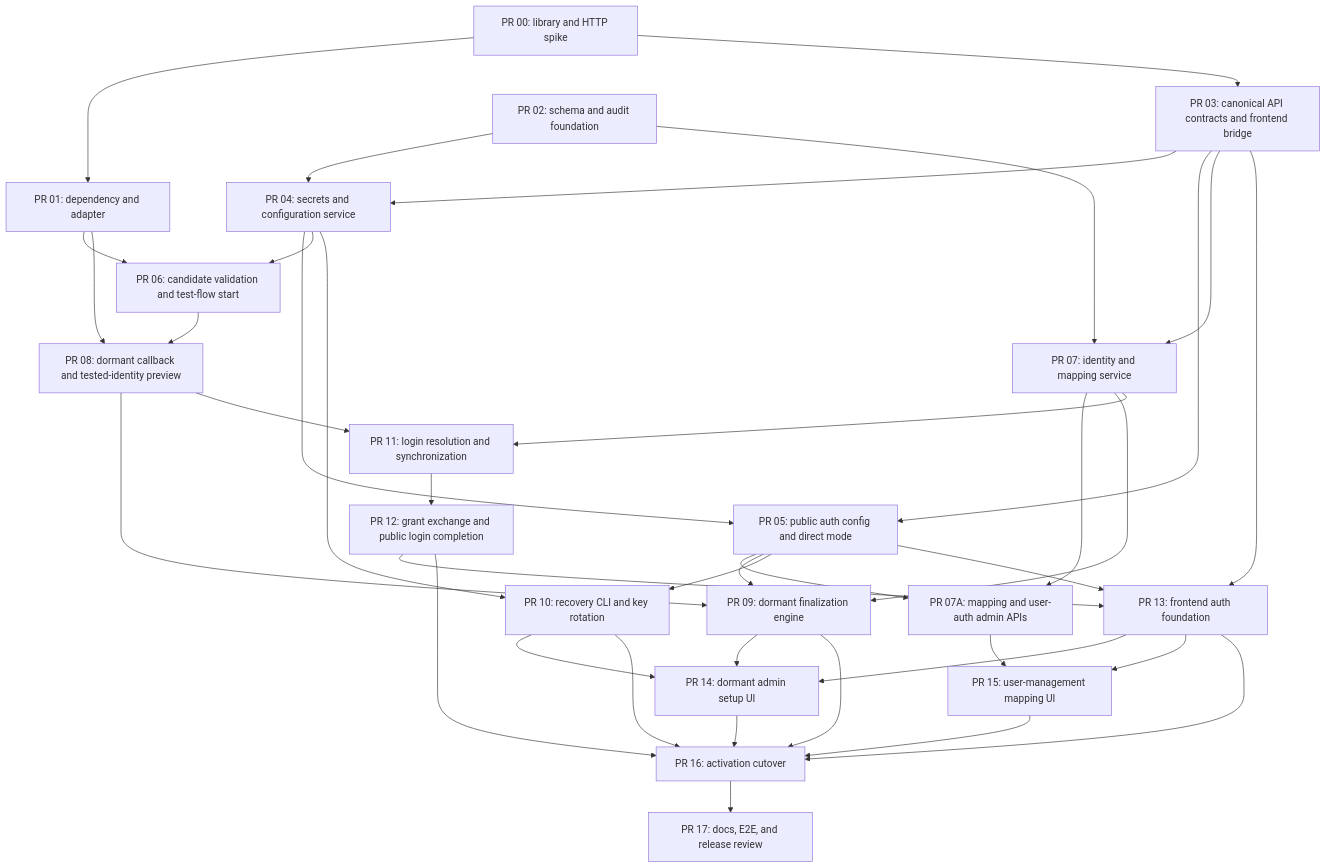
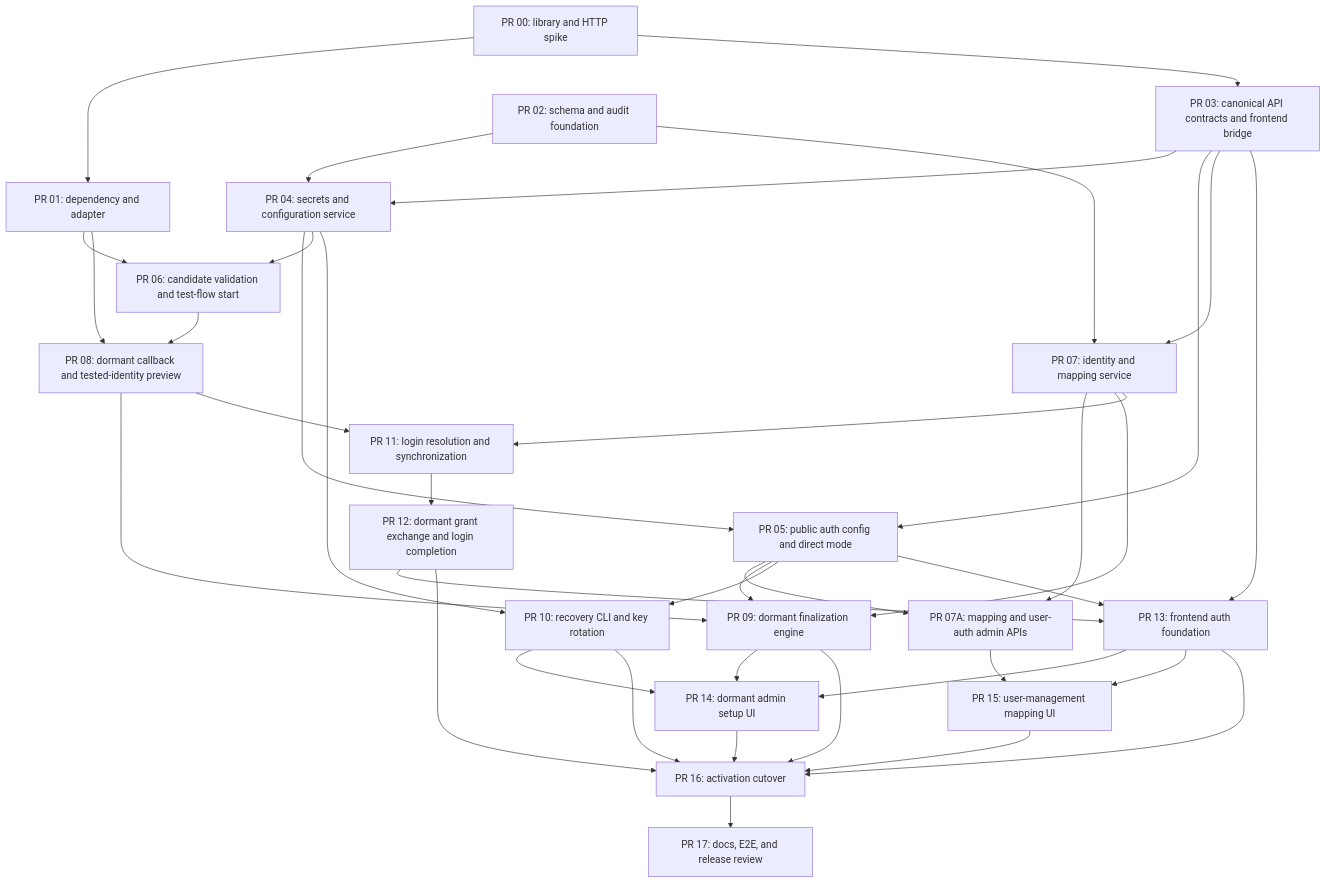
One commit to helgeklein/sambee changed the diagram in documentation_planning/OAUTH_OIDC_IMPLEMENTATION_PLAN.md. Above: the diagram before and after it, drawn with Mermaid. The commit also changed other lines of this file and 1 other file, not shown here.

````diff
--- a/documentation_planning/OAUTH_OIDC_IMPLEMENTATION_PLAN.md
+++ b/documentation_planning/OAUTH_OIDC_IMPLEMENTATION_PLAN.md
@@ -227,40 +230,40 @@
 ```mermaid
 flowchart TD
     P00[PR 00: library and HTTP spike] --> P01[PR 01: dependency and adapter]
     P00 --> P03[PR 03: canonical API contracts and frontend bridge]
     P02[PR 02: schema and audit foundation] --> P04[PR 04: secrets and configuration service]
     P03 --> P04
     P03 --> P05[PR 05: public auth config and direct mode]
     P04 --> P05
     P04 --> P06[PR 06: candidate validation and test-flow start]
     P01 --> P06
     P02 --> P07[PR 07: identity and mapping service]
     P03 --> P07
     P06 --> P08[PR 08: dormant callback and tested-identity preview]
     P01 --> P08
     P07 --> P07A[PR 07A: mapping and user-auth admin APIs]
     P05 --> P07A
     P07 --> P09[PR 09: dormant finalization engine]
     P08 --> P09
     P05 --> P09
     P05 --> P10[PR 10: recovery CLI and key rotation]
     P04 --> P10
     P07 --> P11[PR 11: login resolution and synchronization]
     P08 --> P11
-    P11 --> P12[PR 12: grant exchange and public login completion]
+    P11 --> P12[PR 12: dormant grant exchange and login completion]
     P03 --> P13[PR 13: frontend auth foundation]
     P05 --> P13
     P12 --> P13
     P09 --> P14[PR 14: dormant admin setup UI]
     P10 --> P14
     P13 --> P14
     P07A --> P15[PR 15: user-management mapping UI]
     P13 --> P15
     P09 --> P16[PR 16: activation cutover]
     P10 --> P16
     P12 --> P16
     P13 --> P16
     P14 --> P16
     P15 --> P16
     P16 --> P17[PR 17: docs, E2E, and release review]
 ```
````
